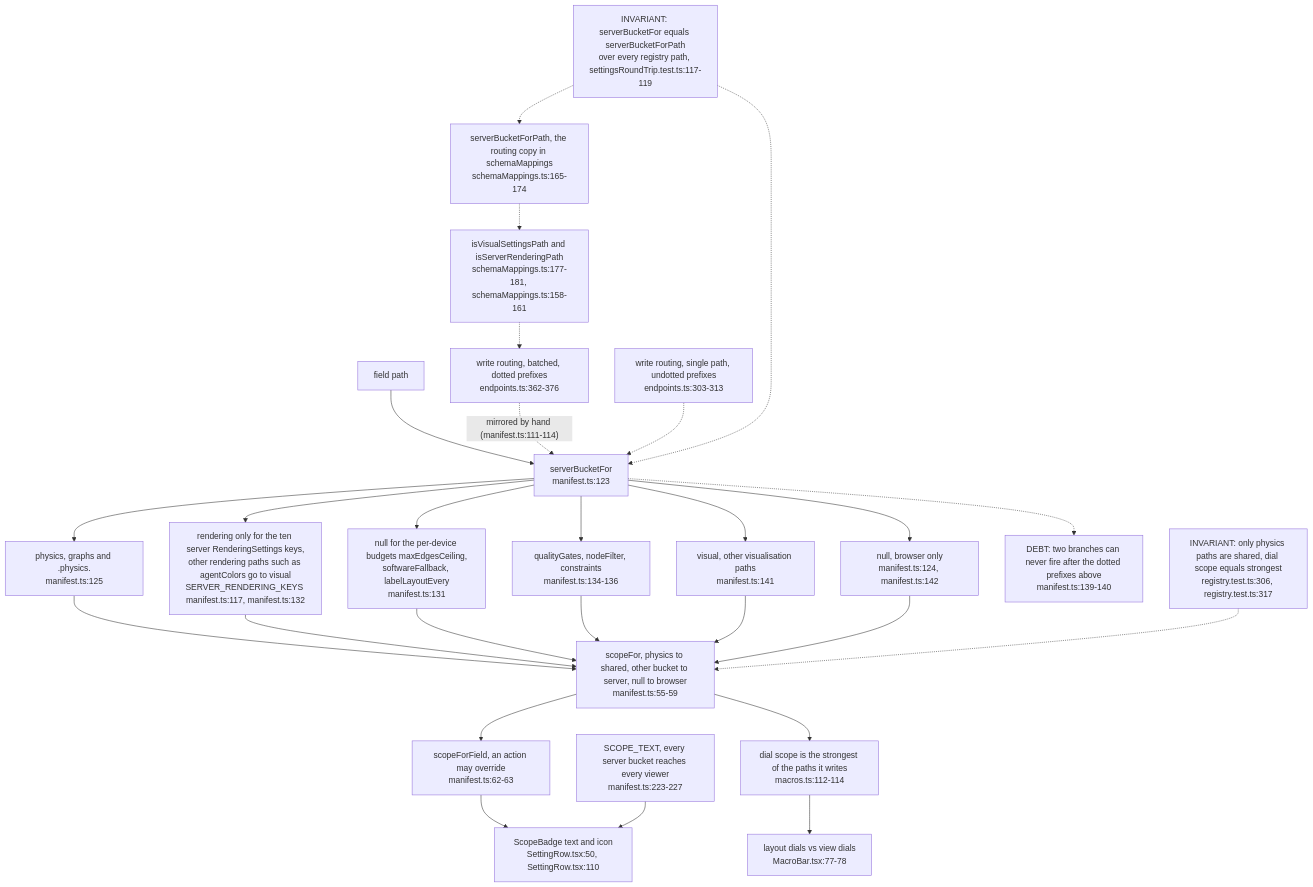
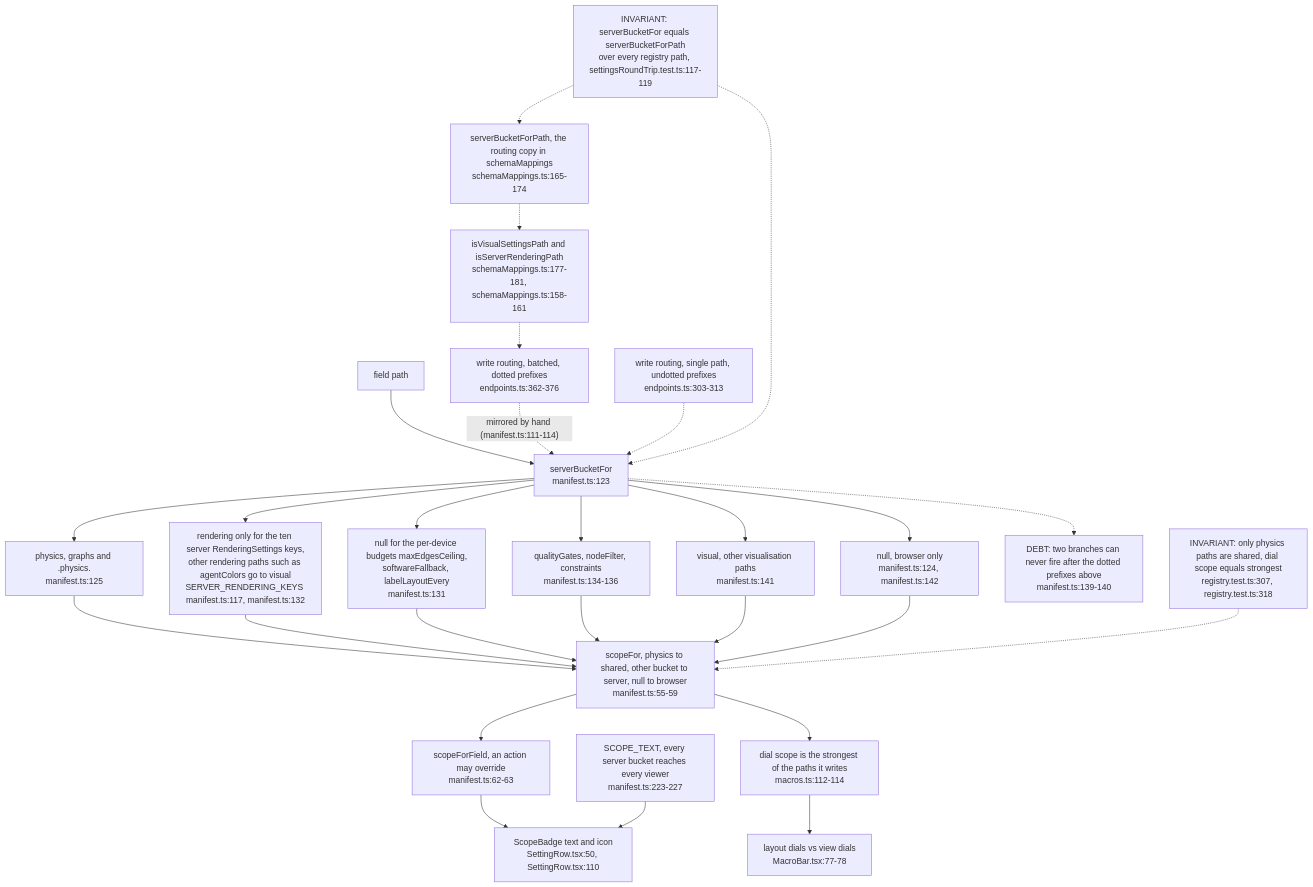
One commit to DreamLab-AI/VisionFlow changed the fourth of 12 diagrams in docs/diagrams/visionclaw/57-control-centre-ia-and-drawer.md. Above: the diagram before and after it, drawn with Mermaid. The commit also changed other lines of this file and 49 other files, not shown here.

First line of the commit message:
docs(diagrams): re-derive and re-stamp VisionClaw, estate, knowledge-graph, visionGraph, VisionFlow and sidestr topics

````diff
--- a/docs/diagrams/visionclaw/57-control-centre-ia-and-drawer.md
+++ b/docs/diagrams/visionclaw/57-control-centre-ia-and-drawer.md
@@ -160,29 +160,29 @@
 ```mermaid
 flowchart TB
     PATH["field path"] --> SBF["serverBucketFor<br/>manifest.ts:123"]
     SBF --> B1["physics, graphs and .physics.<br/>manifest.ts:125"]
     SBF --> B2["rendering only for the ten server RenderingSettings keys,<br/>other rendering paths such as agentColors go to visual<br/>SERVER_RENDERING_KEYS manifest.ts:117, manifest.ts:132"]
     SBF --> B2D["null for the per-device budgets maxEdgesCeiling,<br/>softwareFallback, labelLayoutEvery<br/>manifest.ts:131"]
     SBF --> B2Q["qualityGates, nodeFilter, constraints<br/>manifest.ts:134-136"]
     SBF --> B3["visual, other visualisation paths<br/>manifest.ts:141"]
     SBF --> B4["null, browser only<br/>manifest.ts:124, manifest.ts:142"]
     SBF -.-> DEAD["DEBT: two branches can never fire after the dotted prefixes above<br/>manifest.ts:139-140"]
     B1 --> SF["scopeFor, physics to shared, other bucket to server, null to browser<br/>manifest.ts:55-59"]
     B2 --> SF
     B2D --> SF
     B2Q --> SF
     B3 --> SF
     B4 --> SF
     SF --> SFF["scopeForField, an action may override<br/>manifest.ts:62-63"]
     SFF --> BADGE["ScopeBadge text and icon<br/>SettingRow.tsx:50, SettingRow.tsx:110"]
     TXT["SCOPE_TEXT, every server bucket reaches every viewer<br/>manifest.ts:223-227"] --> BADGE
     SF --> MAC["dial scope is the strongest of the paths it writes<br/>macros.ts:112-114"]
     MAC --> DIALS["layout dials vs view dials<br/>MacroBar.tsx:77-78"]
-    INV["INVARIANT: only physics paths are shared, dial scope equals strongest<br/>registry.test.ts:306, registry.test.ts:317"] -.-> SF
+    INV["INVARIANT: only physics paths are shared, dial scope equals strongest<br/>registry.test.ts:307, registry.test.ts:318"] -.-> SF
     R1["write routing, batched, dotted prefixes<br/>endpoints.ts:362-376"] -.->|"mirrored by hand (manifest.ts:111-114)"| SBF
     R2["write routing, single path, undotted prefixes<br/>endpoints.ts:303-313"] -.-> SBF
     R3["isVisualSettingsPath and isServerRenderingPath<br/>schemaMappings.ts:177-181, schemaMappings.ts:158-161"] -.-> R1
     R4["serverBucketForPath, the routing copy in schemaMappings<br/>schemaMappings.ts:165-174"] -.-> R3
     PIN["INVARIANT: serverBucketFor equals serverBucketForPath<br/>over every registry path, settingsRoundTrip.test.ts:117-119"] -.-> SBF
     PIN -.-> R4
 ```
````
